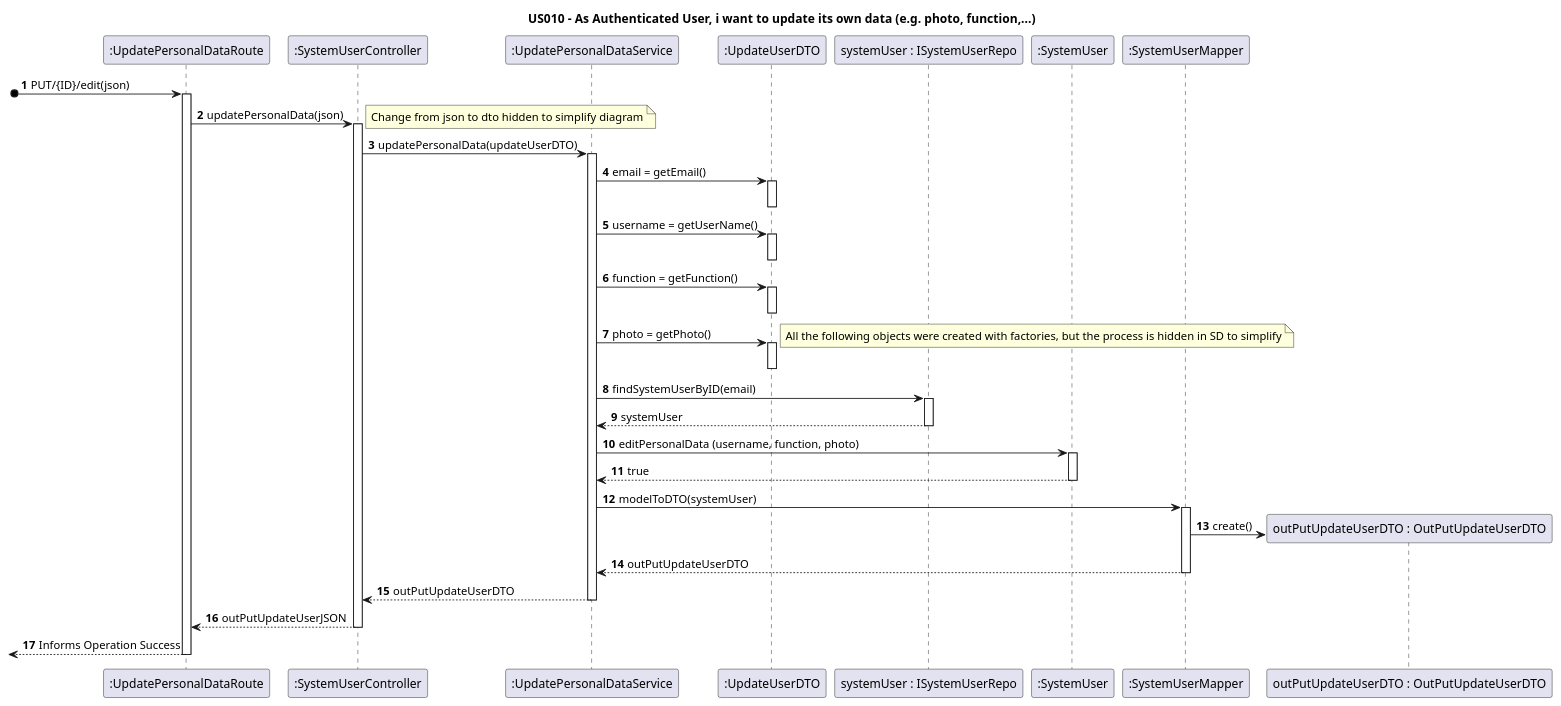
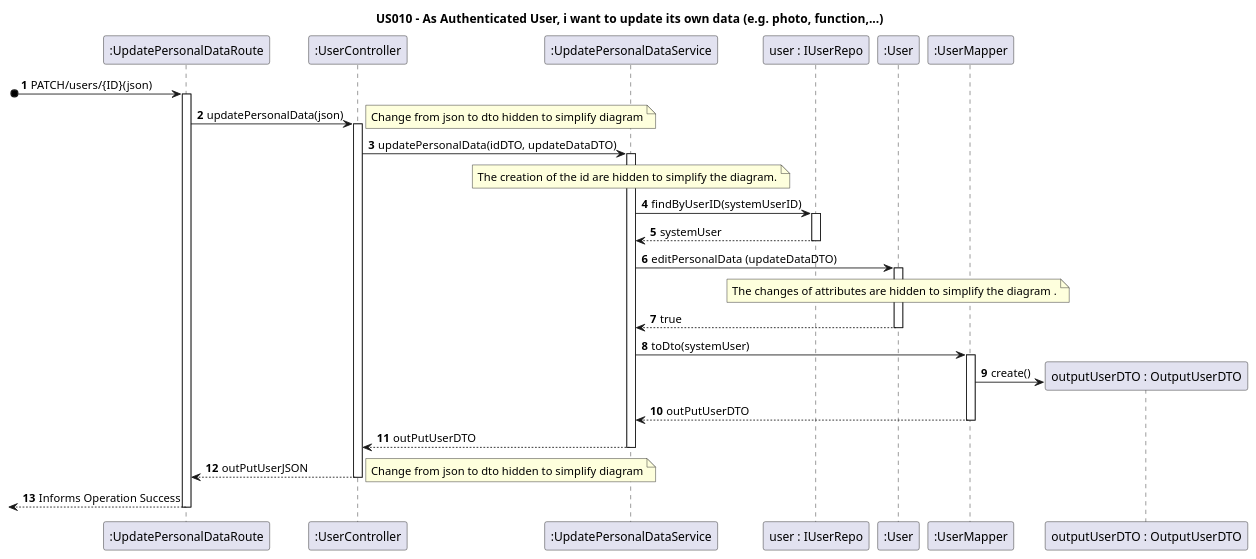
One commit to nunogon1211787/projectManagement changed the diagram in docs/Sprint1/US010/US010-SD-Reengenharia.puml. Above: the diagram before and after it, drawn with PlantUML. The commit also changed 89 other files, not shown here.

```diff
--- a/docs/Sprint1/US010/US010-SD-Reengenharia.puml
+++ b/docs/Sprint1/US010/US010-SD-Reengenharia.puml
@@ -1,47 +1,51 @@
 @startuml
 'https://plantuml.com/sequence-diagram
 
 title US010 - As Authenticated User, i want to update its own data (e.g. photo, function,...)
 
 autoactivate on
 autonumber
 
 participant ":UpdatePersonalDataRoute" as route
-participant ":SystemUserController" as Ctrl
+participant ":UserController" as Ctrl
 participant ":UpdatePersonalDataService" as service
-participant ":UpdateUserDTO" as dto
-participant "systemUser : ISystemUserRepo" as iRepo
-participant ":SystemUser" as systemUser
-participant ":SystemUserMapper" as mapper
-participant "outPutUpdateUserDTO : OutPutUpdateUserDTO" as outPutDTO
+participant "user : IUserRepo" as iRepo
+participant ":User" as systemUser
+participant ":UserMapper" as mapper
+participant "outputUserDTO : OutputUserDTO" as outPutDTO
 
-[o-> route: PUT/{ID}/edit(json)
+[o-> route: PATCH/users/{ID}(json)
+
 route -> Ctrl: updatePersonalData(json)
+
 note right
 Change from json to dto hidden to simplify diagram
 end note
-Ctrl -> service: updatePersonalData(updateUserDTO)
-service -> dto: email = getEmail()
-deactivate
-service -> dto: username = getUserName()
-deactivate
-service -> dto: function = getFunction()
-deactivate
-service -> dto: photo = getPhoto()
-deactivate
+
+Ctrl -> service: updatePersonalData(idDTO, updateDataDTO)
+note over service : The creation of the id are hidden to simplify the diagram.
+'note right
+'All the following objects were created with factories, but the process is hidden in SD to simplify
+'end note
+
+service -> iRepo: findByUserID(systemUserID)
+iRepo --> service: systemUser
+
+service -> systemUser: editPersonalData (updateDataDTO)
+
+note over systemUser : The changes of attributes are hidden to simplify the diagram .
+
+systemUser --> service: true
+
+service -> mapper: toDto(systemUser)
+mapper -> outPutDTO**: create()
+mapper --> service: outPutUserDTO
+service --> Ctrl: outPutUserDTO
+Ctrl --> route: outPutUserJSON
 note right
-All the following objects were created with factories, but the process is hidden in SD to simplify
+Change from json to dto hidden to simplify diagram
 end note
-service -> iRepo: findSystemUserByID(email)
-iRepo --> service: systemUser
-service -> systemUser: editPersonalData (username, function, photo)
-systemUser --> service: true
-service -> mapper: modelToDTO(systemUser)
-mapper -> outPutDTO**: create()
-mapper --> service: outPutUpdateUserDTO
-service --> Ctrl: outPutUpdateUserDTO
-Ctrl --> route: outPutUpdateUserJSON
 [<--route : Informs Operation Success
 
 
 @enduml
```
